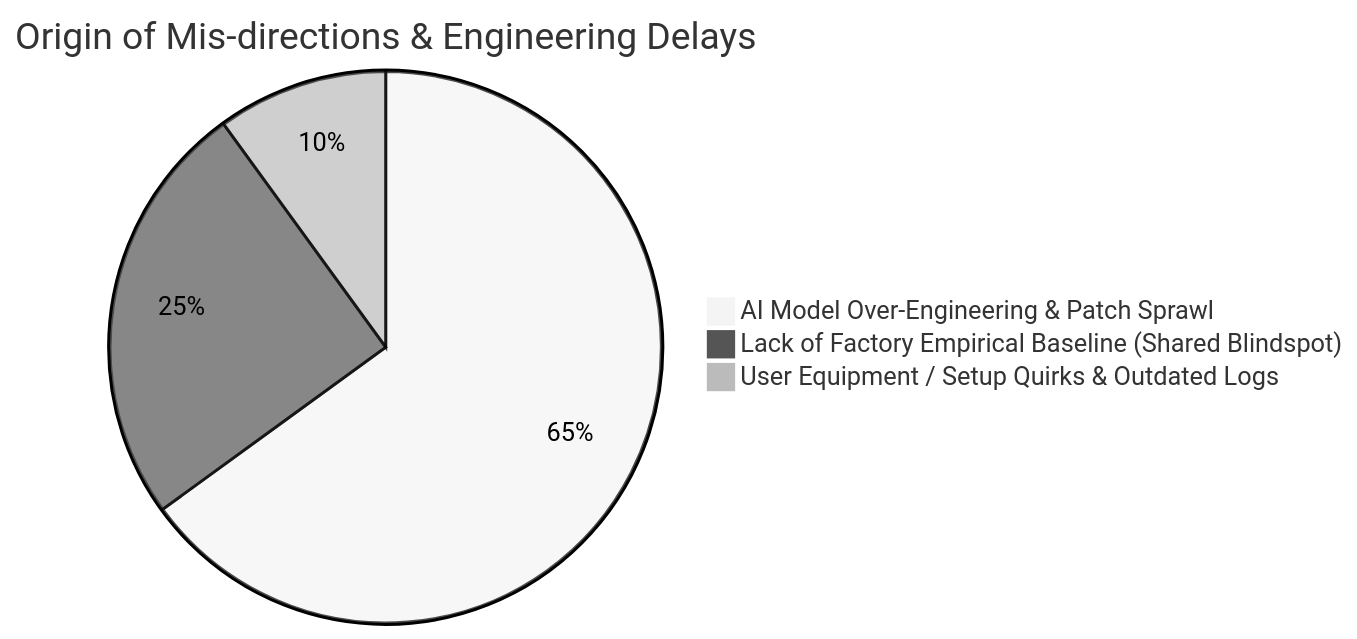
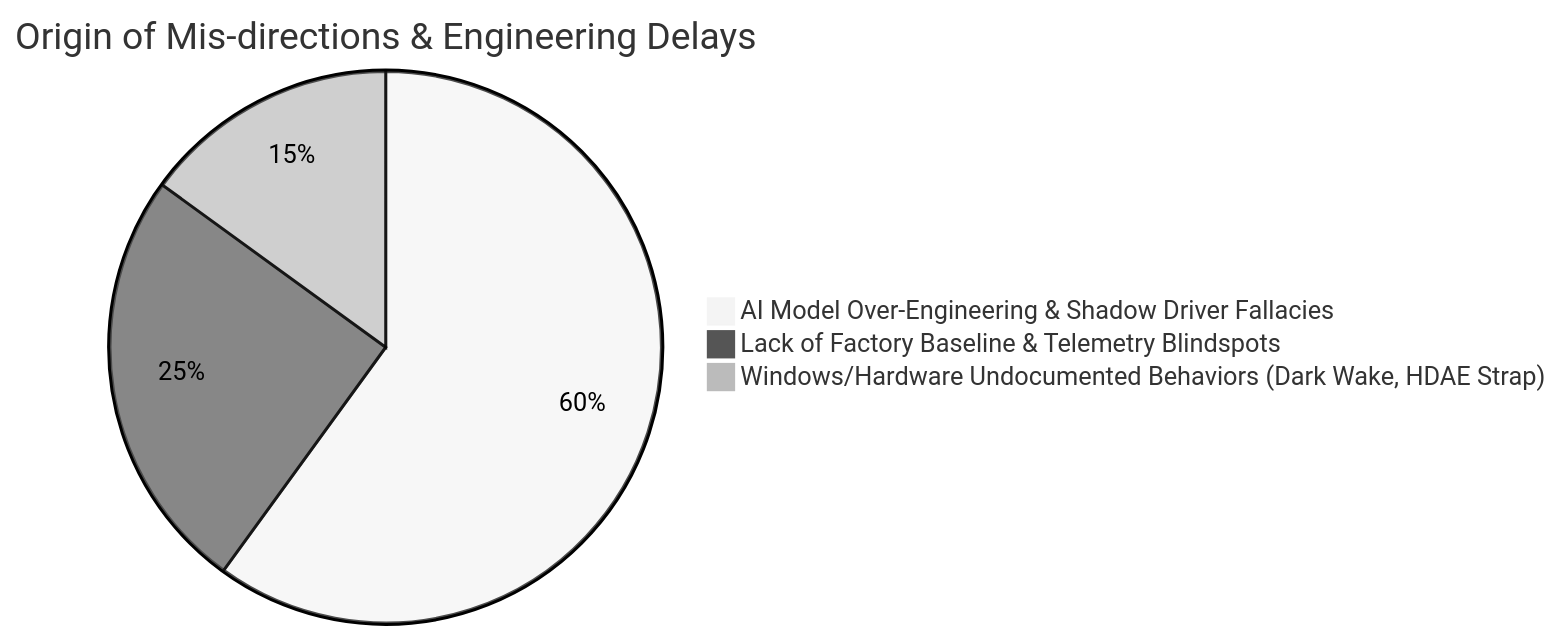
Before and after one commit to datacompboy/xmg_deep_sleep: the second of 4 diagrams in retro/DecisionsLog.md, drawn with Mermaid (neutral theme). The commit also changed other lines of this file and 2 other files, not shown here.

````diff
--- a/retro/DecisionsLog.md
+++ b/retro/DecisionsLog.md
@@ -25,6 +29,6 @@
 ```mermaid
 pie title Origin of Mis-directions & Engineering Delays
-    "AI Model Over-Engineering & Patch Sprawl" : 65
-    "Lack of Factory Empirical Baseline (Shared Blindspot)" : 25
-    "User Equipment / Setup Quirks & Outdated Logs" : 10
+    "AI Model Over-Engineering & Shadow Driver Fallacies" : 60
+    "Lack of Factory Baseline & Telemetry Blindspots" : 25
+    "Windows/Hardware Undocumented Behaviors (Dark Wake, HDAE Strap)" : 15
 ```
````
